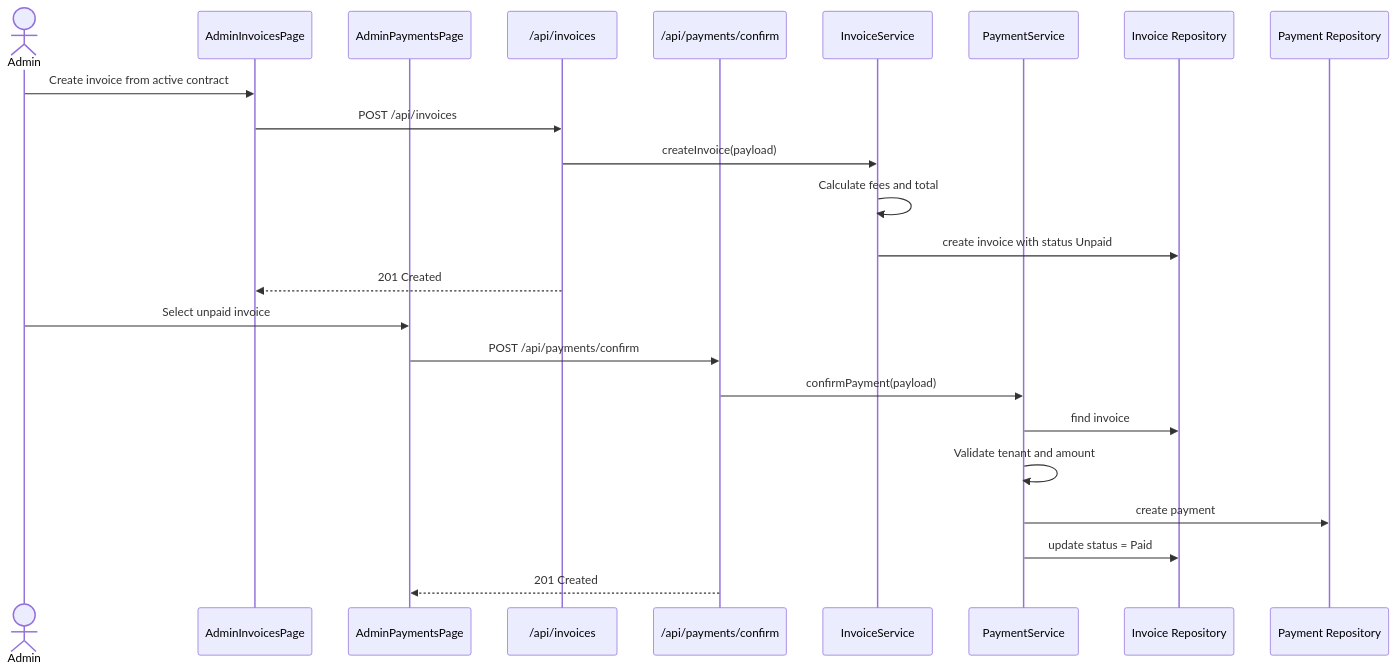
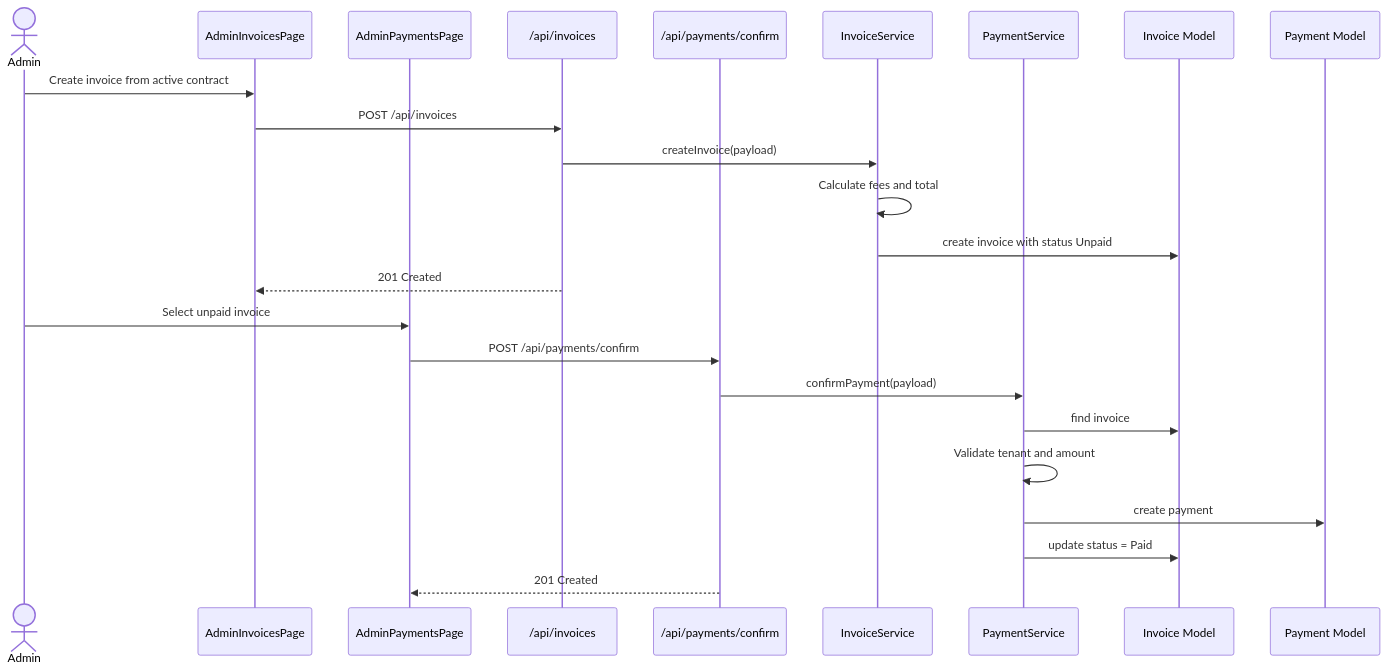
One commit to datphan3201/room-rental-management-software changed diagram 17 of 21 in docs/SYSTEM_REPORT.md. Above: the diagram before and after it, drawn with Mermaid. The commit also changed other lines of this file and 35 other files, not shown here.

````diff
--- a/docs/SYSTEM_REPORT.md
+++ b/docs/SYSTEM_REPORT.md
@@ -1114,28 +1168,28 @@
 ```mermaid
 sequenceDiagram
   actor Admin
   participant InvoiceUI as AdminInvoicesPage
   participant PaymentUI as AdminPaymentsPage
   participant InvoiceAPI as /api/invoices
   participant PaymentAPI as /api/payments/confirm
   participant InvoiceSvc as InvoiceService
   participant PaymentSvc as PaymentService
-  participant InvoiceRepo as Invoice Repository
-  participant PaymentRepo as Payment Repository
+  participant InvoiceModel as Invoice Model
+  participant PaymentModel as Payment Model
 
   Admin->>InvoiceUI: Create invoice from active contract
   InvoiceUI->>InvoiceAPI: POST /api/invoices
   InvoiceAPI->>InvoiceSvc: createInvoice(payload)
   InvoiceSvc->>InvoiceSvc: Calculate fees and total
-  InvoiceSvc->>InvoiceRepo: create invoice with status Unpaid
+  InvoiceSvc->>InvoiceModel: create invoice with status Unpaid
   InvoiceAPI-->>InvoiceUI: 201 Created
 
   Admin->>PaymentUI: Select unpaid invoice
   PaymentUI->>PaymentAPI: POST /api/payments/confirm
   PaymentAPI->>PaymentSvc: confirmPayment(payload)
-  PaymentSvc->>InvoiceRepo: find invoice
+  PaymentSvc->>InvoiceModel: find invoice
   PaymentSvc->>PaymentSvc: Validate tenant and amount
-  PaymentSvc->>PaymentRepo: create payment
-  PaymentSvc->>InvoiceRepo: update status = Paid
+  PaymentSvc->>PaymentModel: create payment
+  PaymentSvc->>InvoiceModel: update status = Paid
   PaymentAPI-->>PaymentUI: 201 Created
 ```
````
